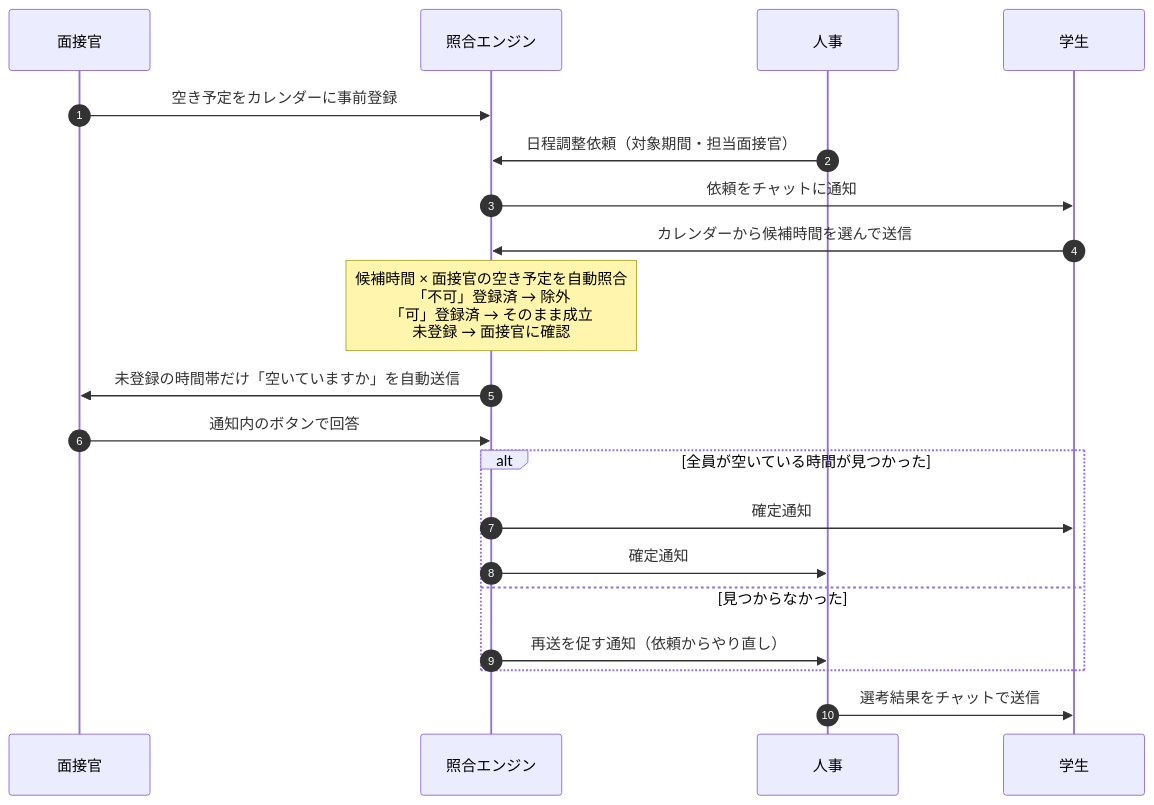
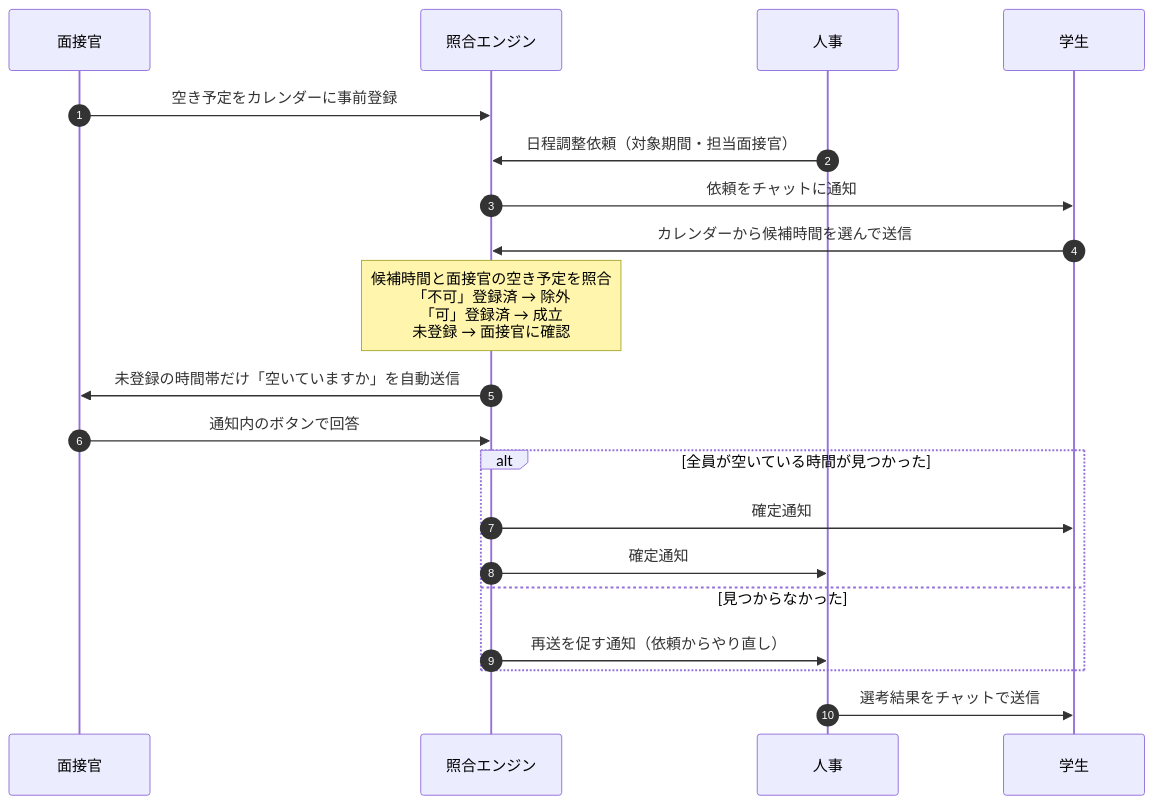
The second of 2 diagrams in README.md (Showgo1130/hackathon-t2-B), drawn with Mermaid before and after one commit. The commit also changed other lines of this file and 5 other files, not shown here.

````diff
--- a/README.md
+++ b/README.md
@@ -76,23 +75,23 @@
 ```mermaid
 sequenceDiagram
     autonumber
     participant I as 面接官
     participant Sv as 照合エンジン
     participant H as 人事
     participant St as 学生
 
     I->>Sv: 空き予定をカレンダーに事前登録
     H->>Sv: 日程調整依頼（対象期間・担当面接官）
     Sv->>St: 依頼をチャットに通知
     St->>Sv: カレンダーから候補時間を選んで送信
-    Note over Sv: 候補時間 × 面接官の空き予定を自動照合<br/>「不可」登録済 → 除外<br/>「可」登録済 → そのまま成立<br/>未登録 → 面接官に確認
+    Note over Sv: 候補時間と面接官の空き予定を照合<br/>「不可」登録済 → 除外<br/>「可」登録済 → 成立<br/>未登録 → 面接官に確認
     Sv->>I: 未登録の時間帯だけ「空いていますか」を自動送信
     I->>Sv: 通知内のボタンで回答
     alt 全員が空いている時間が見つかった
         Sv->>St: 確定通知
         Sv->>H: 確定通知
     else 見つからなかった
         Sv->>H: 再送を促す通知（依頼からやり直し）
     end
     H->>St: 選考結果をチャットで送信
 ```
````
